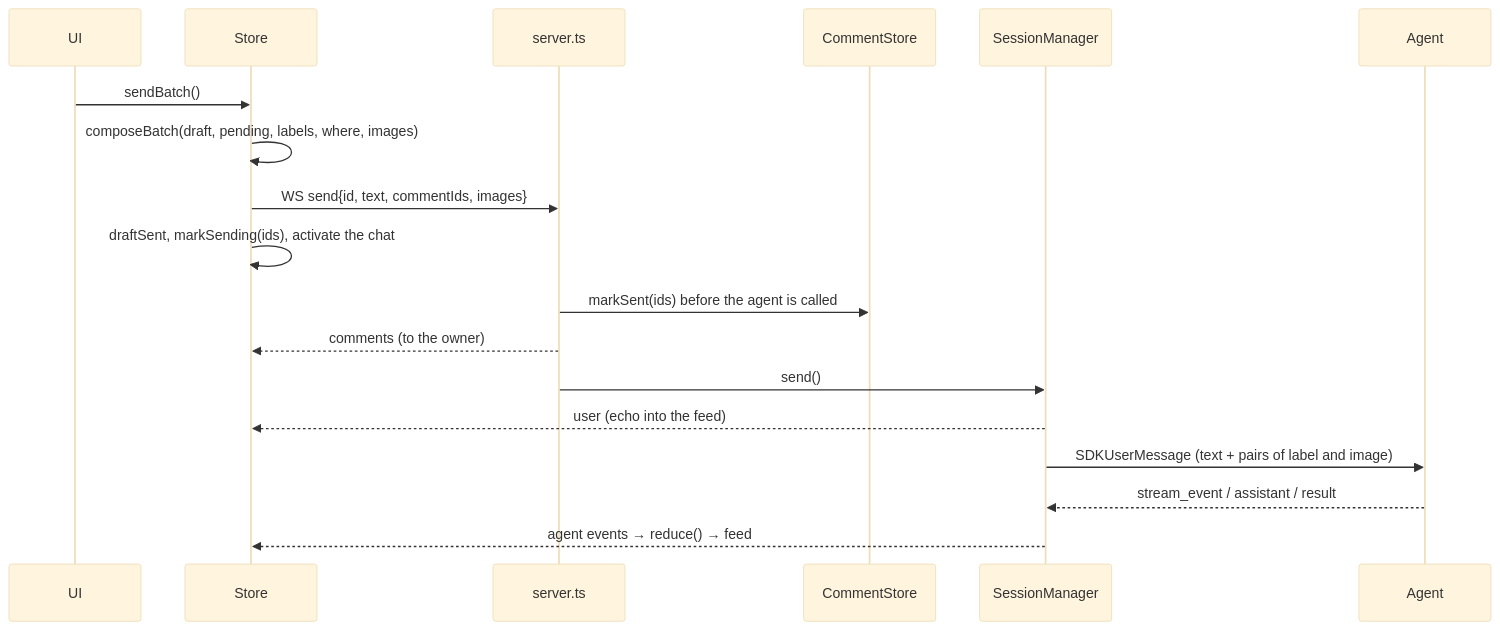
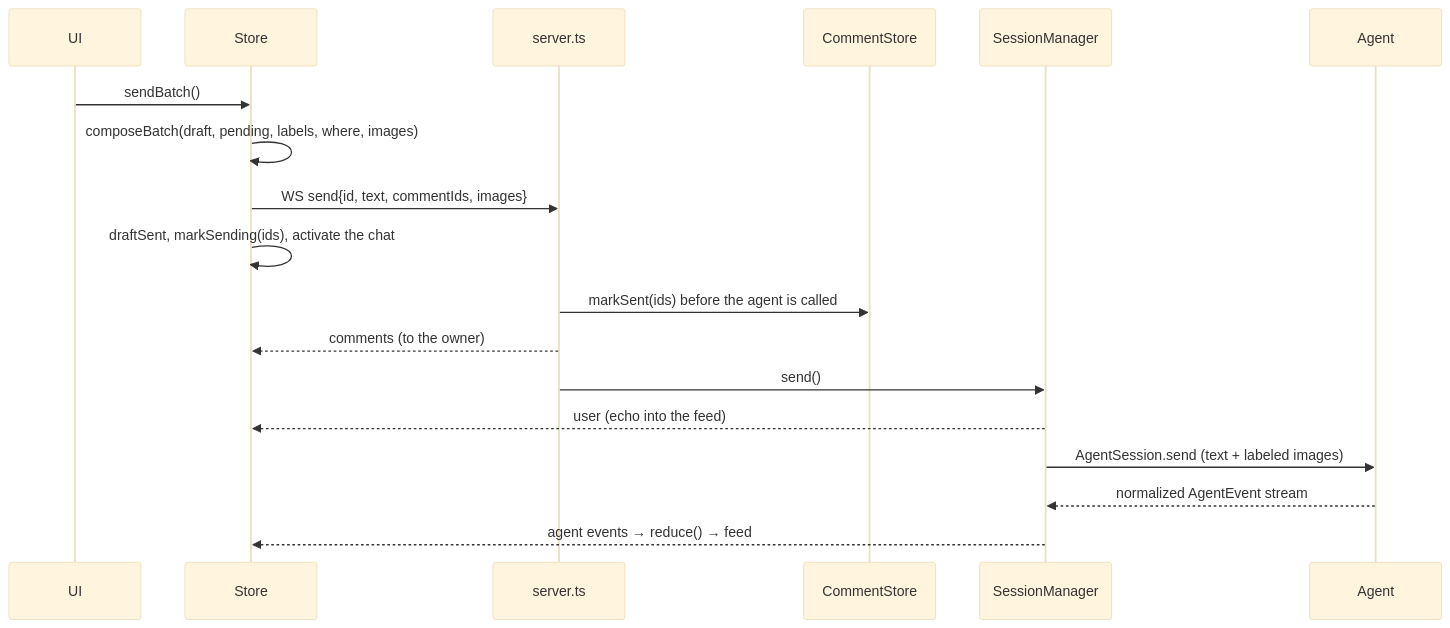
Before and after one commit to iCubeDm/claude-nota-bene: the fourth of 4 diagrams in docs/architecture.md, drawn with Mermaid (base theme). The commit also changed other lines of this file and 1 other file, not shown here.

Commit message:
docs: update architecture for Codex and temp images, correct the guide

````diff
--- a/docs/architecture.md
+++ b/docs/architecture.md
@@ -267,20 +373,20 @@
 ```mermaid
 sequenceDiagram
   participant U as UI
   participant S as Store
   participant SV as server.ts
   participant CS as CommentStore
   participant SM as SessionManager
   participant A as Agent
   U->>S: sendBatch()
   S->>S: composeBatch(draft, pending, labels, where, images)
   S->>SV: WS send{id, text, commentIds, images}
   S->>S: draftSent, markSending(ids), activate the chat
   SV->>CS: markSent(ids) before the agent is called
   SV-->>S: comments (to the owner)
   SV->>SM: send()
   SM-->>S: user (echo into the feed)
-  SM->>A: SDKUserMessage (text + pairs of label and image)
-  A-->>SM: stream_event / assistant / result
+  SM->>A: AgentSession.send (text + labeled images)
+  A-->>SM: normalized AgentEvent stream
   SM-->>S: agent events → reduce() → feed
 ```
````
